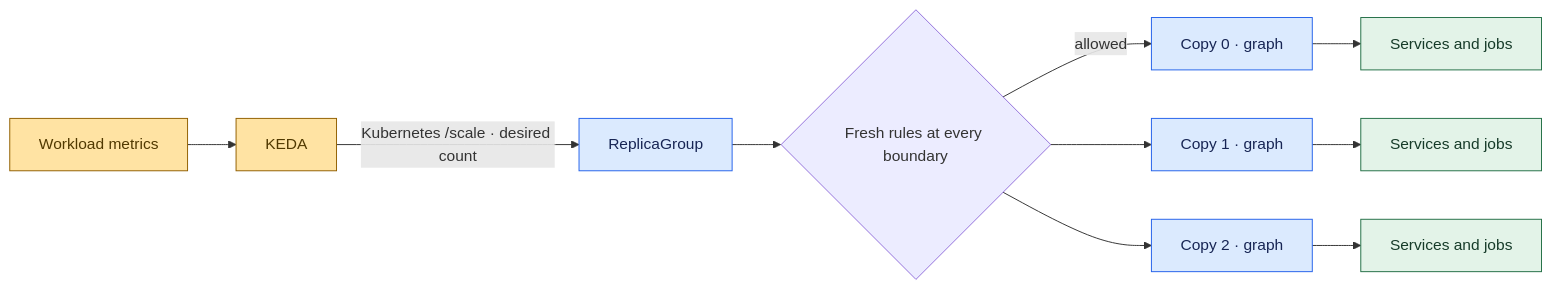
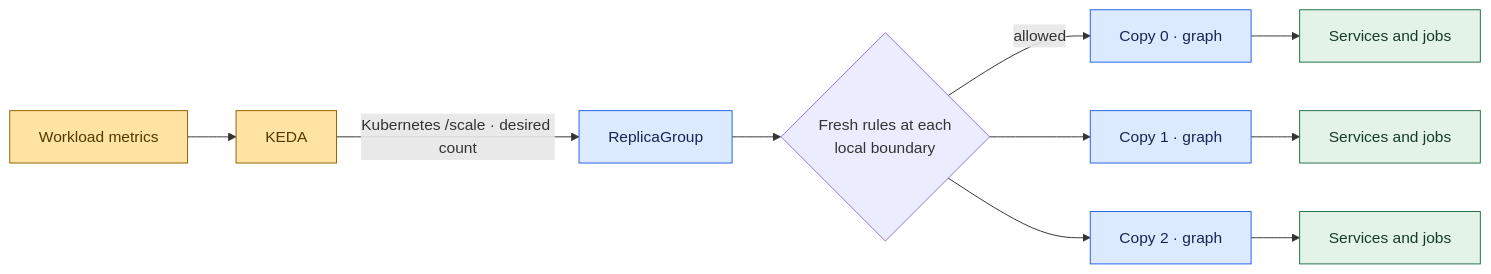
The first of 23 diagrams in docs/replication.md (astrivant/polyad), drawn with Mermaid before and after one commit. The commit also changed other lines of this file and 110 other files, not shown here.

````diff
--- a/docs/replication.md
+++ b/docs/replication.md
@@ -10,18 +15,18 @@
 ```mermaid
 flowchart LR
     signal["Workload metrics"] --> keda["KEDA"]
     keda -->|"Kubernetes /scale · desired count"| group["ReplicaGroup"]
-    group --> check{"Fresh rules at every boundary"}
+    group --> check{"Fresh rules at each<br/>local boundary"}
     check -->|"allowed"| first["Copy 0 · graph"]
     check --> second["Copy 1 · graph"]
     check --> third["Copy 2 · graph"]
     first --> a["Services and jobs"]
     second --> b["Services and jobs"]
     third --> c["Services and jobs"]
     classDef control fill:#ffe3a3,stroke:#926000,color:#513900
     classDef boundary fill:#dbeafe,stroke:#2563eb,color:#172554
     classDef execution fill:#e3f3e8,stroke:#247047,color:#163b29
     class signal,keda control
     class group,first,second,third boundary
     class a,b,c execution
 ```
````
